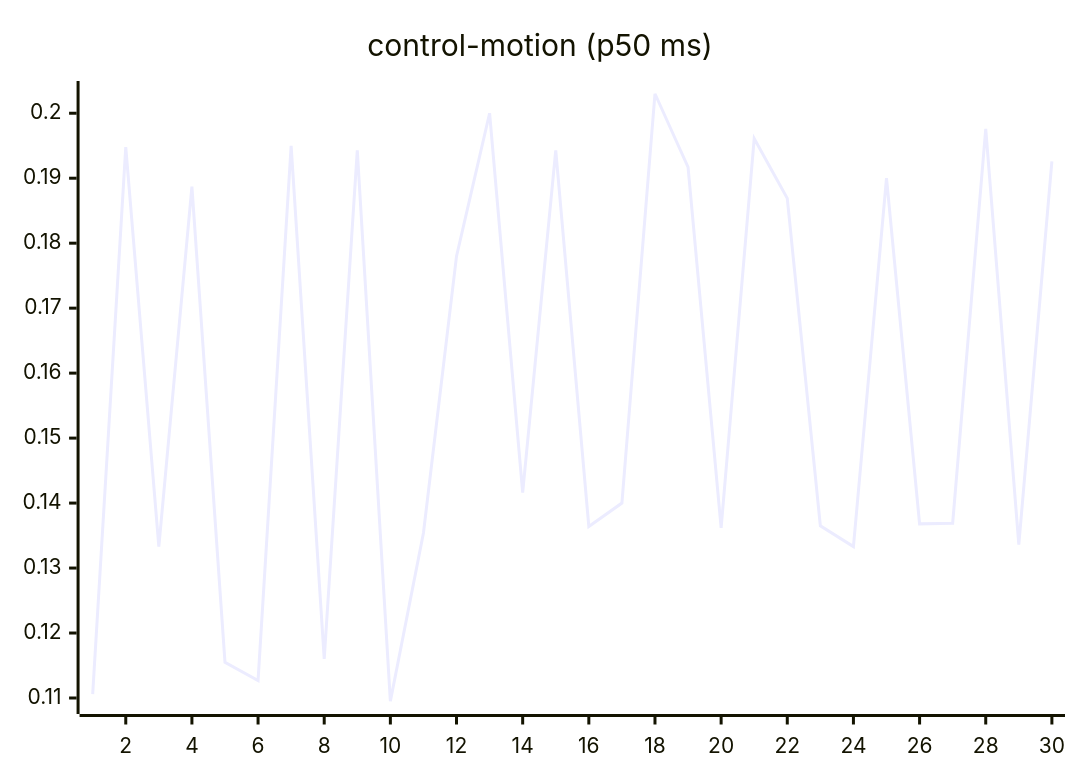
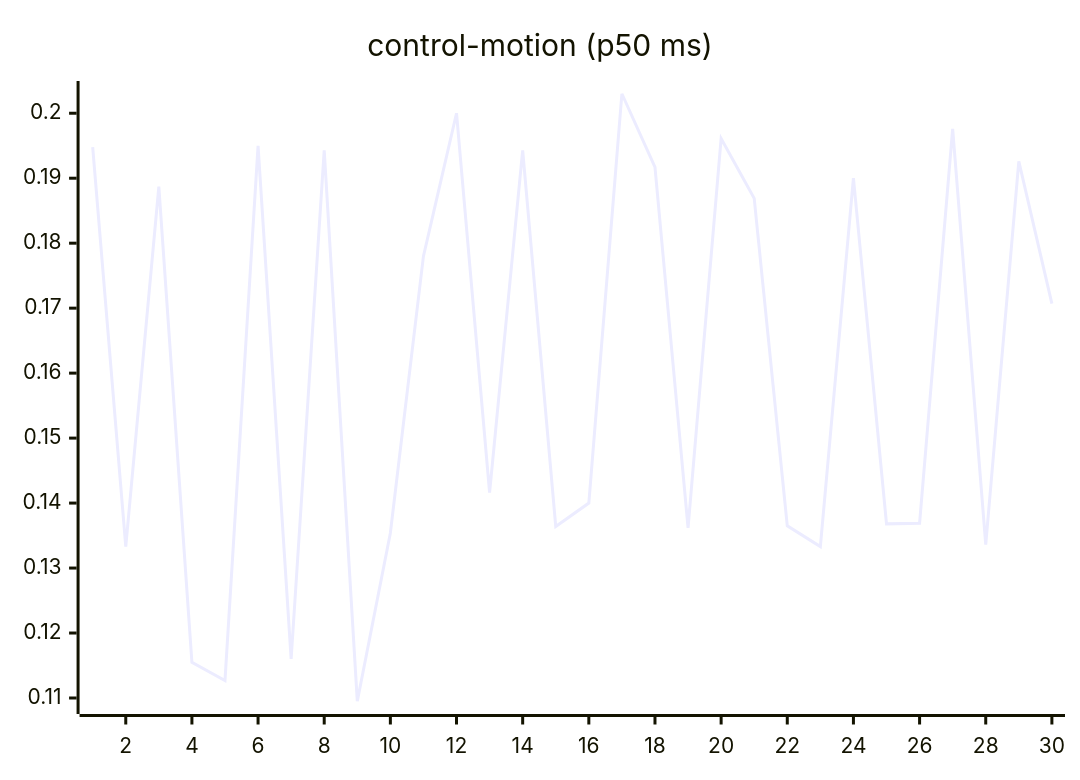
Before and after one commit to josha/Facet: the seventh of 27 diagrams in README.md, drawn with Mermaid. The commit also changed other lines of this file and 2 other files, not shown here.

````diff
--- a/README.md
+++ b/README.md
@@ -105,6 +105,6 @@
 ```mermaid
 xychart-beta
     title "control-motion (p50 ms)"
     x-axis 1 --> 30
-    line [0.1106, 0.1948, 0.1333, 0.1887, 0.1155, 0.1127, 0.1950, 0.1160, 0.1943, 0.1095, 0.1354, 0.1780, 0.2000, 0.1416, 0.1943, 0.1364, 0.1400, 0.2030, 0.1917, 0.1362, 0.1961, 0.1869, 0.1365, 0.1333, 0.1900, 0.1368, 0.1369, 0.1976, 0.1336, 0.1926]
+    line [0.1948, 0.1333, 0.1887, 0.1155, 0.1127, 0.1950, 0.1160, 0.1943, 0.1095, 0.1354, 0.1780, 0.2000, 0.1416, 0.1943, 0.1364, 0.1400, 0.2030, 0.1917, 0.1362, 0.1961, 0.1869, 0.1365, 0.1333, 0.1900, 0.1368, 0.1369, 0.1976, 0.1336, 0.1926, 0.1707]
 ```
````
